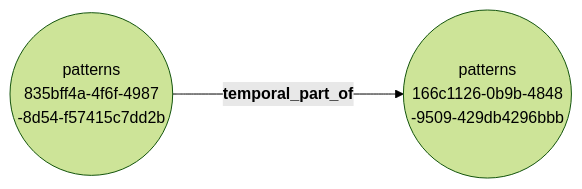
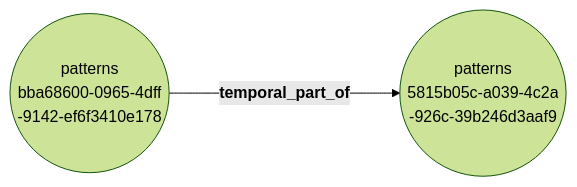
The diagram in docs/extras/example-files/relNodeEdgeGraph.mermaid (ClimbingAl/HqdmPatterns), drawn with Mermaid (forest theme) before and after one commit. The commit also changed 50 other files, not shown here.

````diff
--- a/docs/extras/example-files/relNodeEdgeGraph.mermaid
+++ b/docs/extras/example-files/relNodeEdgeGraph.mermaid
@@ -1,4 +1,4 @@
 ``` mermaid
 graph LR
-  835bff4a-4f6f-4987-8d54-f57415c7dd2b(("patterns <br> 835bff4a-4f6f-4987 <br> -8d54-f57415c7dd2b"))--->|"<b> temporal_part_of"|166c1126-0b9b-4848-9509-429db4296bbb(("patterns <br> 166c1126-0b9b-4848 <br> -9509-429db4296bbb"));
+  bba68600-0965-4dff-9142-ef6f3410e178(("patterns <br> bba68600-0965-4dff <br> -9142-ef6f3410e178"))--->|"<b> temporal_part_of"|5815b05c-a039-4c2a-926c-39b246d3aaf9(("patterns <br> 5815b05c-a039-4c2a <br> -926c-39b246d3aaf9"));
 ```
````
